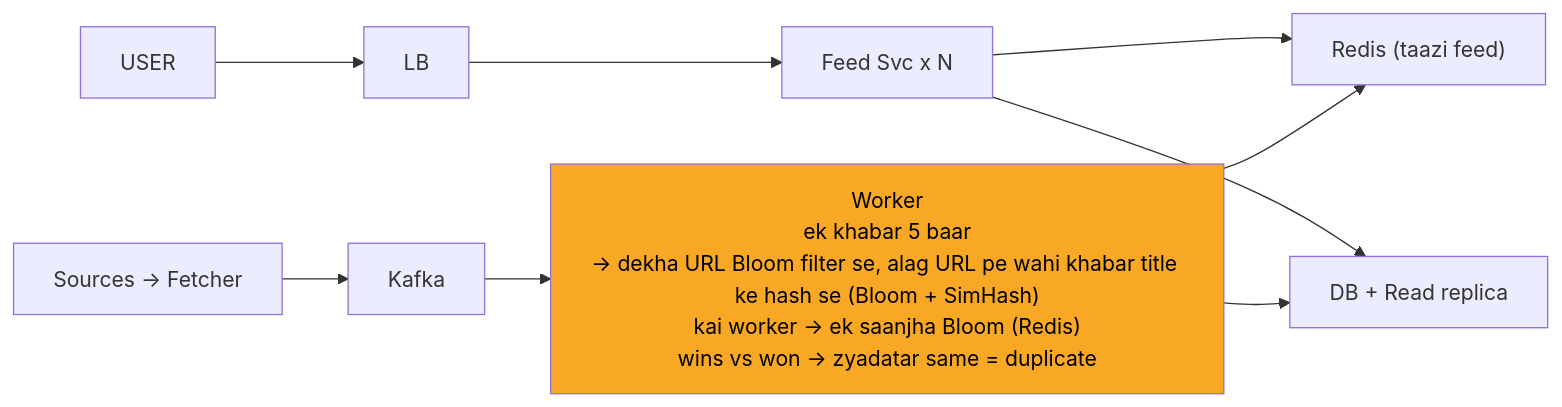
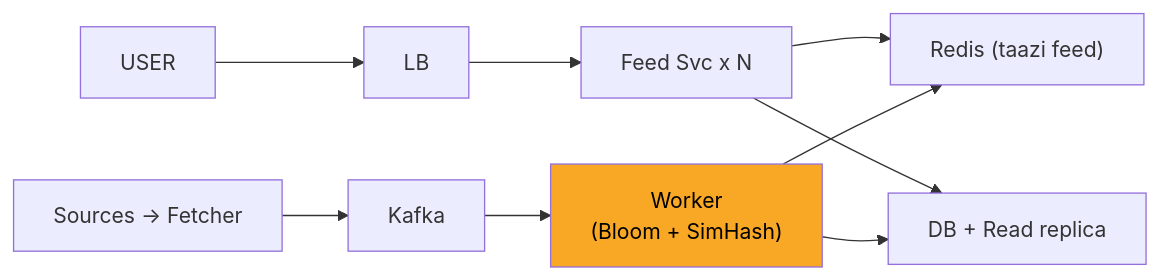
The diagram in 04_HLD/SYSTEM_DESIGNS/08_news_aggregator/img/c4.mmd (ArpanMaheshwari144/Prep), drawn with Mermaid before and after one commit. The commit also changed 36 other files, not shown here.

```diff
--- a/04_HLD/SYSTEM_DESIGNS/08_news_aggregator/img/c4.mmd
+++ b/04_HLD/SYSTEM_DESIGNS/08_news_aggregator/img/c4.mmd
@@ -1,19 +1,19 @@
 %%{init: {"flowchart": {"wrappingWidth": 450}}}%%
 flowchart LR
     n_USER["USER"]
     n_LB["LB"]
     n_Feed_Svc_xN["Feed Svc x N"]
     n_Redis["Redis (taazi feed)"]
     n_DBR["DB + Read replica"]
-    n_Worker["Worker<br/>ek khabar 5 baar<br/>-> dekha URL Bloom filter se, alag URL pe wahi khabar title ke hash se (Bloom + SimHash)<br/>kai worker -> ek saanjha Bloom (Redis)<br/>wins vs won -> zyadatar same = duplicate"]
+    n_Worker["Worker<br/>(Bloom + SimHash)"]
     n_Kafka["Kafka"]
     n_SF["Sources -> Fetcher"]
     n_USER --> n_LB
     n_LB --> n_Feed_Svc_xN
     n_Feed_Svc_xN --> n_Redis
     n_Feed_Svc_xN --> n_DBR
     n_Worker --> n_DBR
     n_Worker --> n_Redis
     n_Kafka --> n_Worker
     n_SF --> n_Kafka
     style n_Worker fill:#f9a825,color:#000
```
